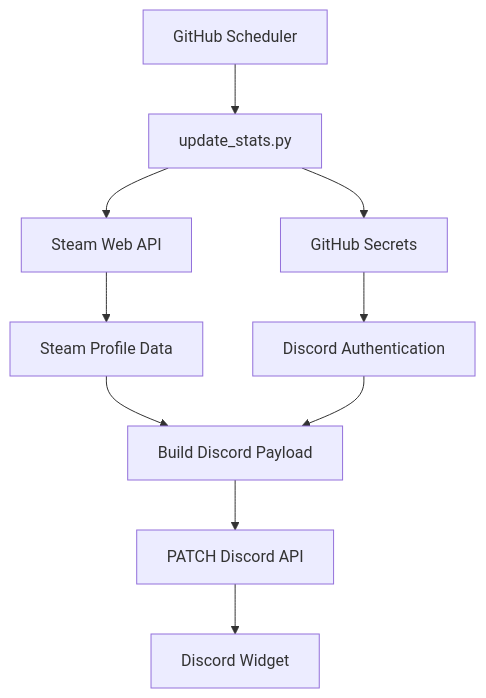
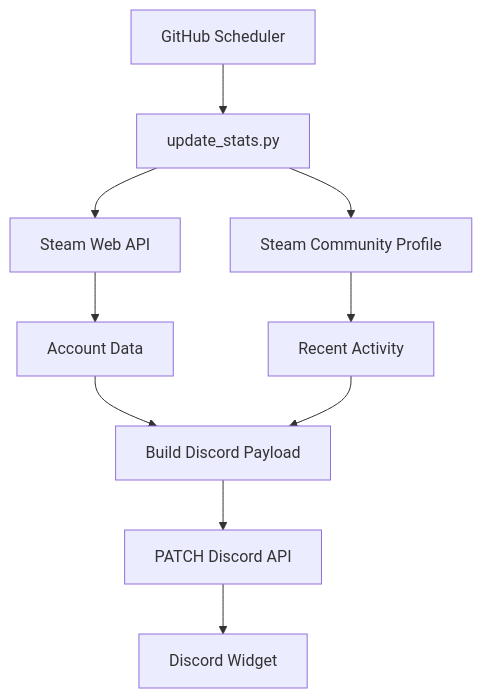
The diagram in README.md (SharwinRaj/Steam-Stats-Discord-Widget), drawn with Mermaid before and after one commit. The commit also changed other lines of this file and 3 other files, not shown here.

````diff
--- a/README.md
+++ b/README.md
@@ -160,12 +183,16 @@
 ```mermaid
 flowchart TD
     A[GitHub Scheduler] --> B[update_stats.py]
+
     B --> C[Steam Web API]
-    C --> D[Steam Profile Data]
-    B --> E[GitHub Secrets]
-    E --> F[Discord Authentication]
-    D --> G[Build Discord Payload]
+    B --> D[Steam Community Profile]
+
+    C --> E[Account Data]
+    D --> F[Recent Activity]
+
+    E --> G[Build Discord Payload]
     F --> G
+
     G --> H[PATCH Discord API]
     H --> I[Discord Widget]
 ```
````
